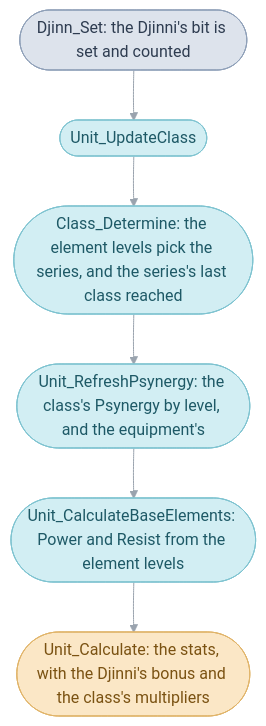
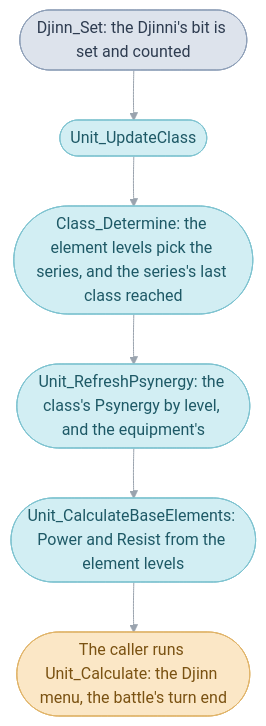
Before and after one commit to PascalPixel/alchemy: the third of 4 diagrams in games/tbs/src/game/README.md, drawn with Mermaid. The commit also changed other lines of this file, not shown here.

````diff
--- a/games/tbs/src/game/README.md
+++ b/games/tbs/src/game/README.md
@@ -340,15 +346,15 @@
 ```mermaid
 %%{init: {"theme": "base", "themeVariables": {"lineColor": "#9AA3AE", "edgeLabelBackground": "#FFFFFF"}, "flowchart": {"curve": "basis", "padding": 12}}}%%
 flowchart TD
   set(["Djinn_Set: the Djinni's bit is set and counted"]) --> cls(["Unit_UpdateClass"])
   cls --> det(["Class_Determine: the element levels pick the series, and the series's last class reached"])
   det --> psy(["Unit_RefreshPsynergy: the class's Psynergy by level, and the equipment's"])
   psy --> elem(["Unit_CalculateBaseElements: Power and Resist from the element levels"])
-  elem --> calc(["Unit_Calculate: the stats, with the Djinni's bonus and the class's multipliers"])
+  elem --> calc(["The caller runs Unit_Calculate: the Djinn menu, the battle's turn end"])
   classDef mainRoutine fill:#DDE3EC,stroke:#8FA0B8,color:#2E3C50
   classDef sequence fill:#D2EEF3,stroke:#7FC3D0,color:#1E5966
   classDef frame fill:#FBE7C6,stroke:#E0B46A,color:#7A5212
   class set mainRoutine
   class cls,det,psy,elem sequence
   class calc frame
 ```
````
